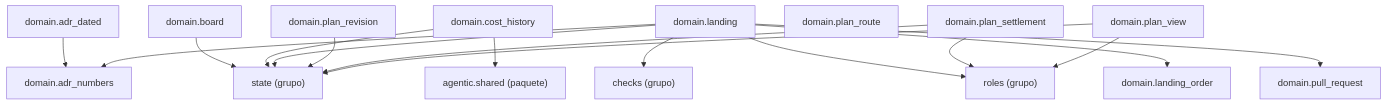
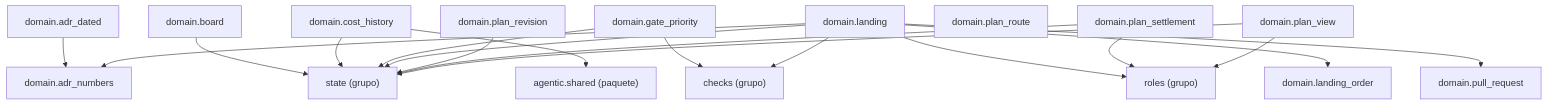
The diagram in docs/architecture/generated/packages-process-domain-landing.md (GonzaloZevallos/agentic-system), drawn with Mermaid before and after one commit. The commit also changed other lines of this file and 10 other files, not shown here.

First line of the commit message:
Cluster domain.gate_priority with landing so the docs pages stay within the cap

````diff
--- a/docs/architecture/generated/packages-process-domain-landing.md
+++ b/docs/architecture/generated/packages-process-domain-landing.md
@@ -13,33 +12,36 @@
 ```mermaid
 graph TD
     g_domain__checks["checks (grupo)"]
     g_domain__roles["roles (grupo)"]
     g_domain__state["state (grupo)"]
     g_pkg__agentic__shared["agentic.shared (paquete)"]
     m_domain__adr_dated["domain.adr_dated"]
     m_domain__adr_numbers["domain.adr_numbers"]
     m_domain__board["domain.board"]
     m_domain__cost_history["domain.cost_history"]
+    m_domain__gate_priority["domain.gate_priority"]
     m_domain__landing["domain.landing"]
     m_domain__landing_order["domain.landing_order"]
     m_domain__plan_revision["domain.plan_revision"]
     m_domain__plan_route["domain.plan_route"]
     m_domain__plan_settlement["domain.plan_settlement"]
     m_domain__plan_view["domain.plan_view"]
     m_domain__pull_request["domain.pull_request"]
     m_domain__adr_dated --> m_domain__adr_numbers
     m_domain__board --> g_domain__state
     m_domain__cost_history --> g_domain__state
     m_domain__cost_history --> g_pkg__agentic__shared
+    m_domain__gate_priority --> g_domain__checks
+    m_domain__gate_priority --> g_domain__state
     m_domain__landing --> g_domain__checks
     m_domain__landing --> g_domain__roles
     m_domain__landing --> g_domain__state
     m_domain__landing --> m_domain__adr_numbers
     m_domain__landing --> m_domain__landing_order
     m_domain__landing --> m_domain__pull_request
     m_domain__plan_revision --> g_domain__state
     m_domain__plan_settlement --> g_domain__roles
     m_domain__plan_settlement --> g_domain__state
     m_domain__plan_view --> g_domain__roles
     m_domain__plan_view --> g_domain__state
 ```
````
